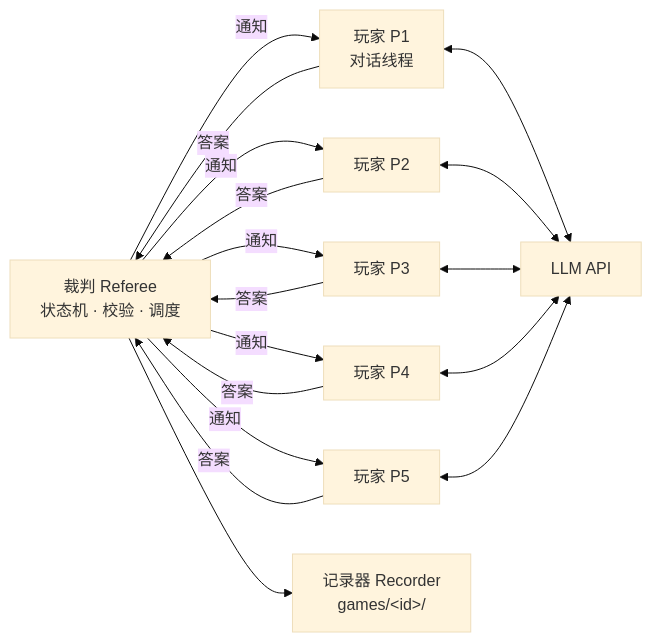
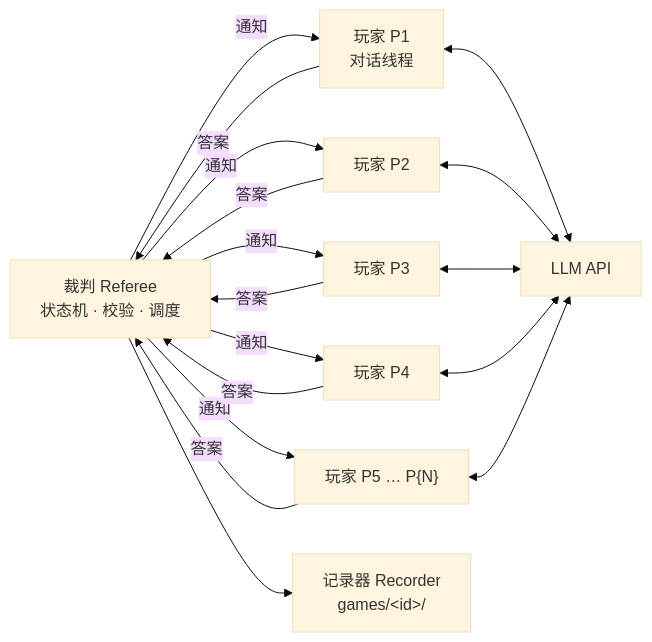
One commit to Fomalhaut647/Avalon changed the first of 3 diagrams in docs/architecture.md. Above: the diagram before and after it, drawn with Mermaid (base theme). The commit also changed other lines of this file and 32 other files, not shown here.

````diff
--- a/docs/architecture.md
+++ b/docs/architecture.md
@@ -16,15 +16,15 @@
 ```mermaid
 flowchart LR
     R[裁判 Referee<br/>状态机 · 校验 · 调度]
     P1[玩家 P1<br/>对话线程]
     P2[玩家 P2]
     P3[玩家 P3]
     P4[玩家 P4]
-    P5[玩家 P5]
+    P5["玩家 P5 … P{N}"]
     L[LLM API]
     REC[记录器 Recorder<br/>games/&lt;id&gt;/]
     R -- 通知 --> P1 & P2 & P3 & P4 & P5
     P1 & P2 & P3 & P4 & P5 -- 答案 --> R
     P1 & P2 & P3 & P4 & P5 <--> L
     R --> REC
 ```
````
